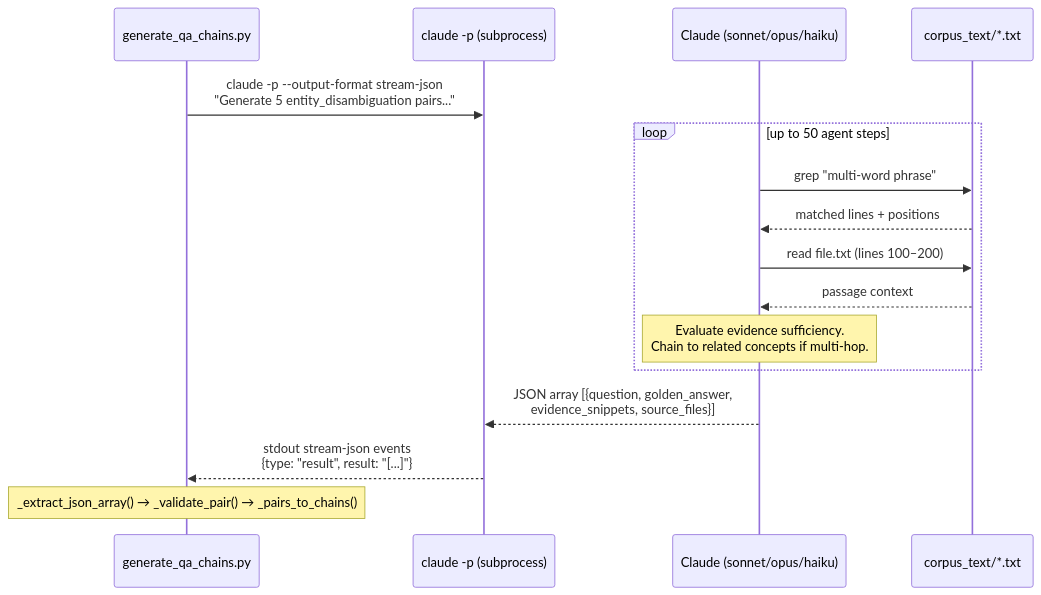
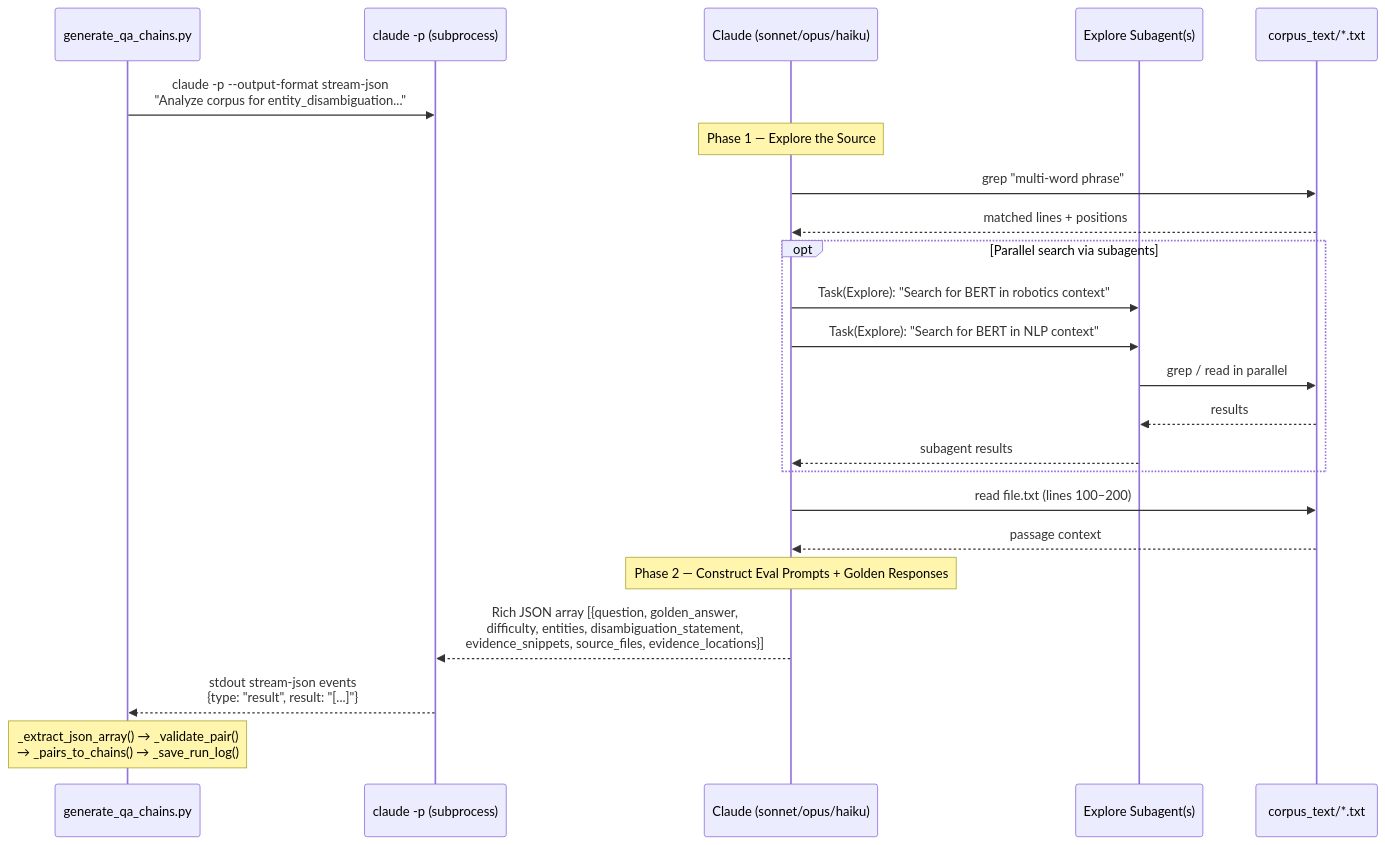
The third of 9 diagrams in architecture.md (magic-data-ops/chunker), drawn with Mermaid before and after one commit. The commit also changed other lines of this file, not shown here.

````diff
--- a/architecture.md
+++ b/architecture.md
@@ -151,22 +158,33 @@
 ```mermaid
 sequenceDiagram
     participant PY as generate_qa_chains.py
     participant CC as claude -p (subprocess)
     participant AGENT as Claude (sonnet/opus/haiku)
+    participant SUB as Explore Subagent(s)
     participant FS as corpus_text/*.txt
 
-    PY->>CC: claude -p --output-format stream-json<br/>"Generate 5 entity_disambiguation pairs..."
+    PY->>CC: claude -p --output-format stream-json<br/>"Analyze corpus for entity_disambiguation..."
 
-    loop up to 50 agent steps
-        AGENT->>FS: grep "multi-word phrase"
-        FS-->>AGENT: matched lines + positions
-        AGENT->>FS: read file.txt (lines 100–200)
-        FS-->>AGENT: passage context
-        Note over AGENT: Evaluate evidence sufficiency.<br/>Chain to related concepts if multi-hop.
+    Note over AGENT: Phase 1 — Explore the Source
+
+    AGENT->>FS: grep "multi-word phrase"
+    FS-->>AGENT: matched lines + positions
+
+    opt Parallel search via subagents
+        AGENT->>SUB: Task(Explore): "Search for BERT in robotics context"
+        AGENT->>SUB: Task(Explore): "Search for BERT in NLP context"
+        SUB->>FS: grep / read in parallel
+        FS-->>SUB: results
+        SUB-->>AGENT: subagent results
     end
 
-    AGENT-->>CC: JSON array [{question, golden_answer,<br/>evidence_snippets, source_files}]
+    AGENT->>FS: read file.txt (lines 100–200)
+    FS-->>AGENT: passage context
+
+    Note over AGENT: Phase 2 — Construct Eval Prompts + Golden Responses
+
+    AGENT-->>CC: Rich JSON array [{question, golden_answer,<br/>difficulty, entities, disambiguation_statement,<br/>evidence_snippets, source_files, evidence_locations}]
     CC-->>PY: stdout stream-json events<br/>{type: "result", result: "[...]"}
 
-    Note over PY: _extract_json_array() → _validate_pair() → _pairs_to_chains()
+    Note over PY: _extract_json_array() → _validate_pair()<br/>→ _pairs_to_chains() → _save_run_log()
 ```
````
